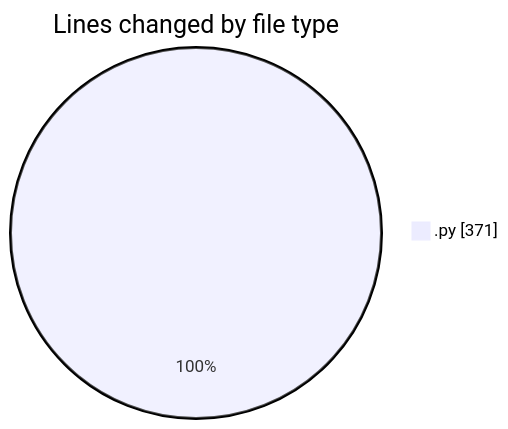
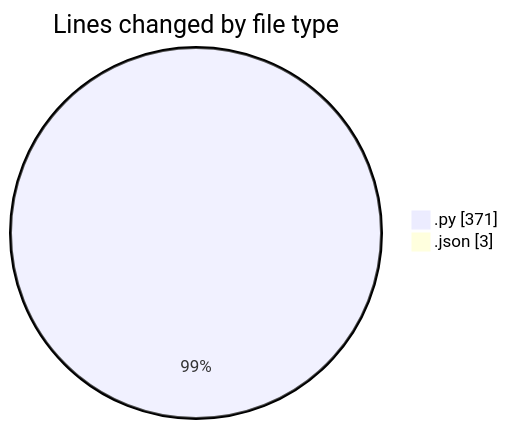
The first of 2 diagrams in 2025-07-13/cursor/README.md (FelipKnott/code-tracking), drawn with Mermaid before and after one commit. The commit also changed other lines of this file and 1 other file, not shown here.

````diff
--- a/2025-07-13/cursor/README.md
+++ b/2025-07-13/cursor/README.md
@@ -25,5 +26,6 @@
 ```mermaid
 pie showData
 title Lines changed by file type
 ".py" : 371
+".json" : 3
 ```
````
